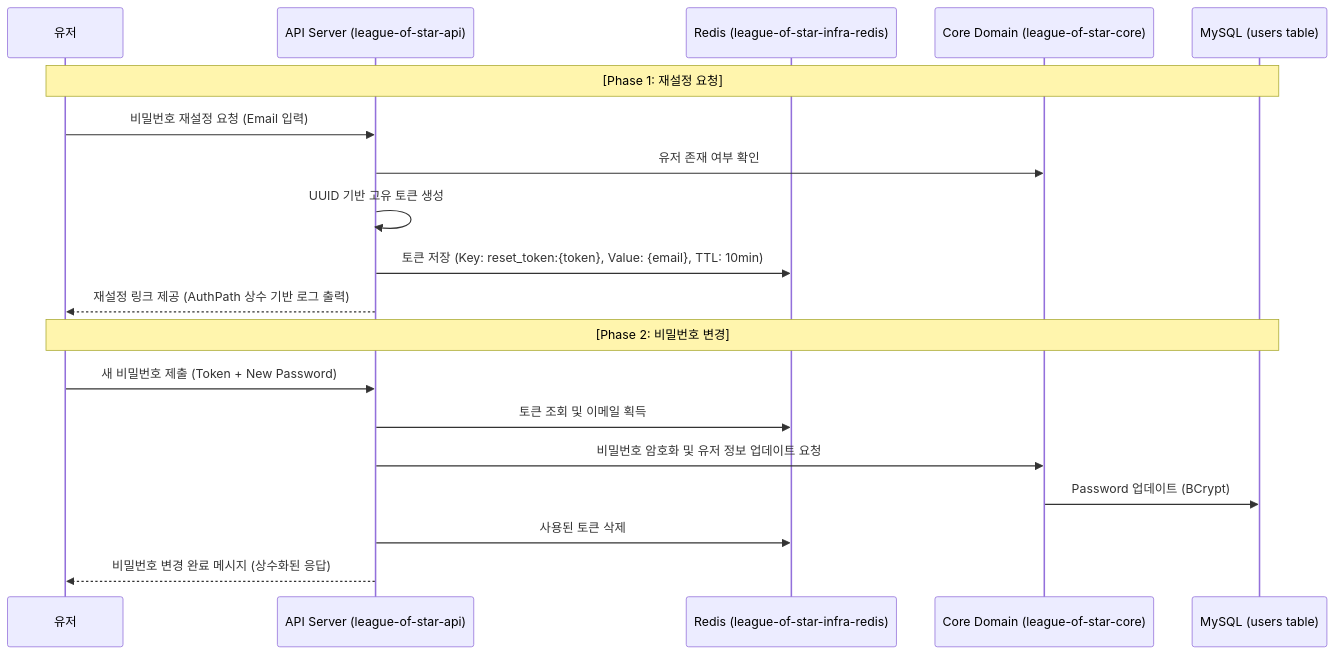
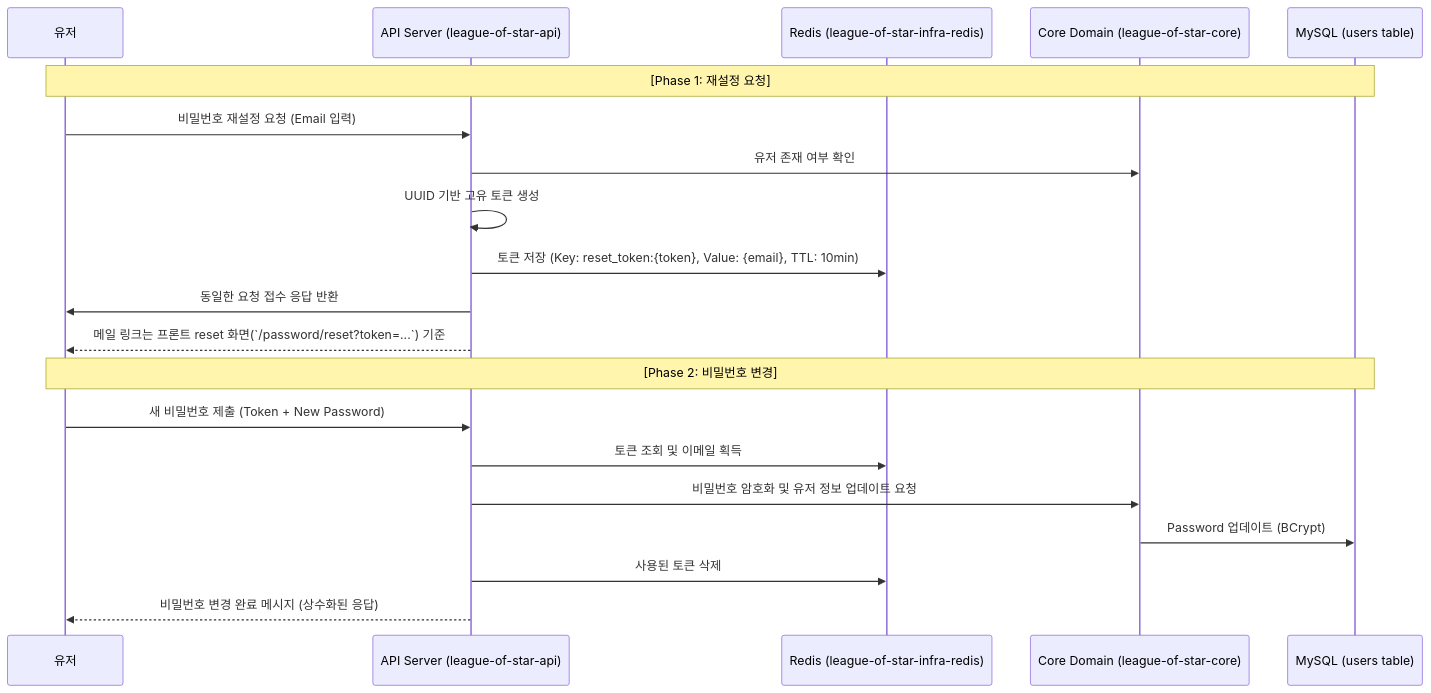
Before and after one commit to moonwhistle/League-of-Star: the diagram in docs/antigravity/backend/issue-20-find-password.md, drawn with Mermaid. The commit also changed other lines of this file and 3 other files, not shown here.

````diff
--- a/docs/antigravity/backend/issue-20-find-password.md
+++ b/docs/antigravity/backend/issue-20-find-password.md
@@ -13,23 +13,24 @@
 ```mermaid
 sequenceDiagram
     participant User as 유저
     participant API as API Server (league-of-star-api)
     participant Redis as Redis (league-of-star-infra-redis)
     participant Core as Core Domain (league-of-star-core)
     participant DB as MySQL (users table)
 
     Note over User, DB: [Phase 1: 재설정 요청]
     User->>API: 비밀번호 재설정 요청 (Email 입력)
     API->>Core: 유저 존재 여부 확인
     API->>API: UUID 기반 고유 토큰 생성
     API->>Redis: 토큰 저장 (Key: reset_token:{token}, Value: {email}, TTL: 10min)
-    API-->>User: 재설정 링크 제공 (AuthPath 상수 기반 로그 출력)
+    API->>User: 동일한 요청 접수 응답 반환
+    API-->>User: 메일 링크는 프론트 reset 화면(`/password/reset?token=...`) 기준
 
     Note over User, DB: [Phase 2: 비밀번호 변경]
     User->>API: 새 비밀번호 제출 (Token + New Password)
     API->>Redis: 토큰 조회 및 이메일 획득
     API->>Core: 비밀번호 암호화 및 유저 정보 업데이트 요청
     Core->>DB: Password 업데이트 (BCrypt)
     API->>Redis: 사용된 토큰 삭제
     API-->>User: 비밀번호 변경 완료 메시지 (상수화된 응답)
 ```
````
